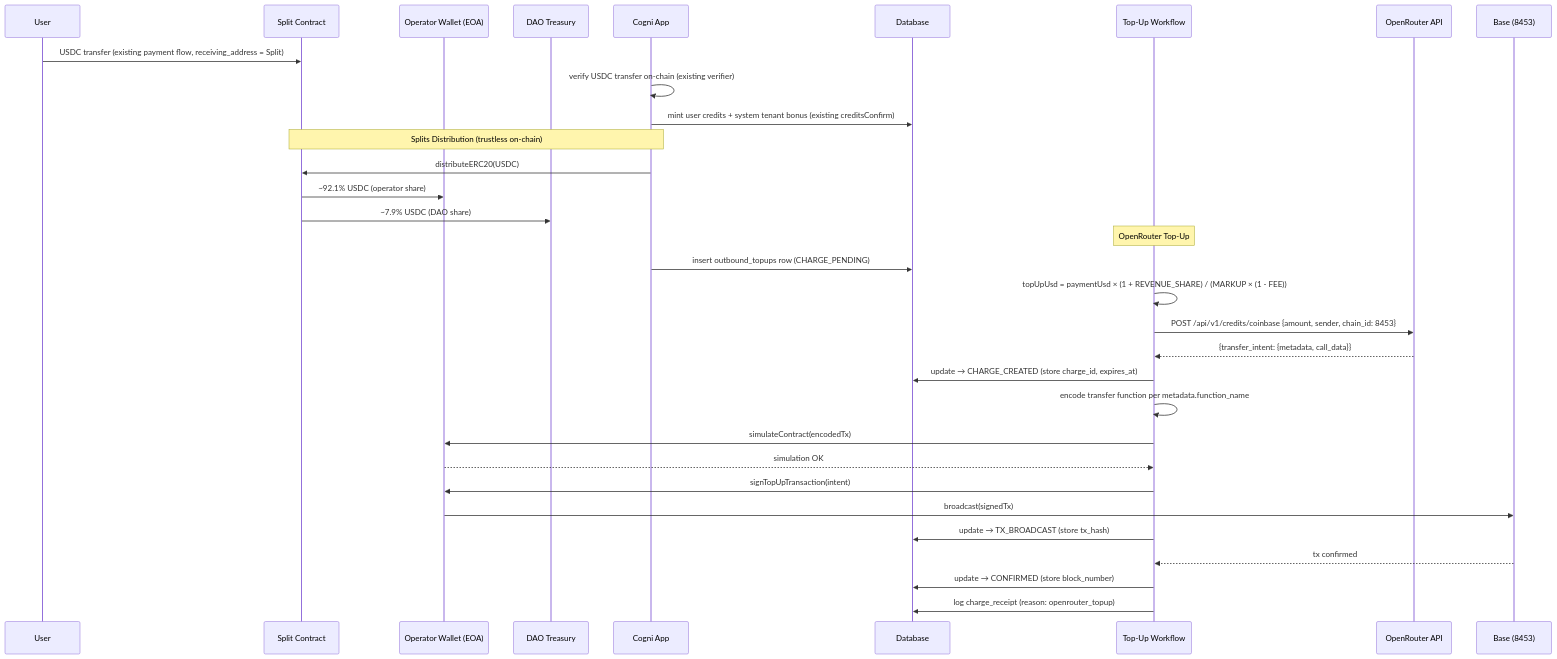
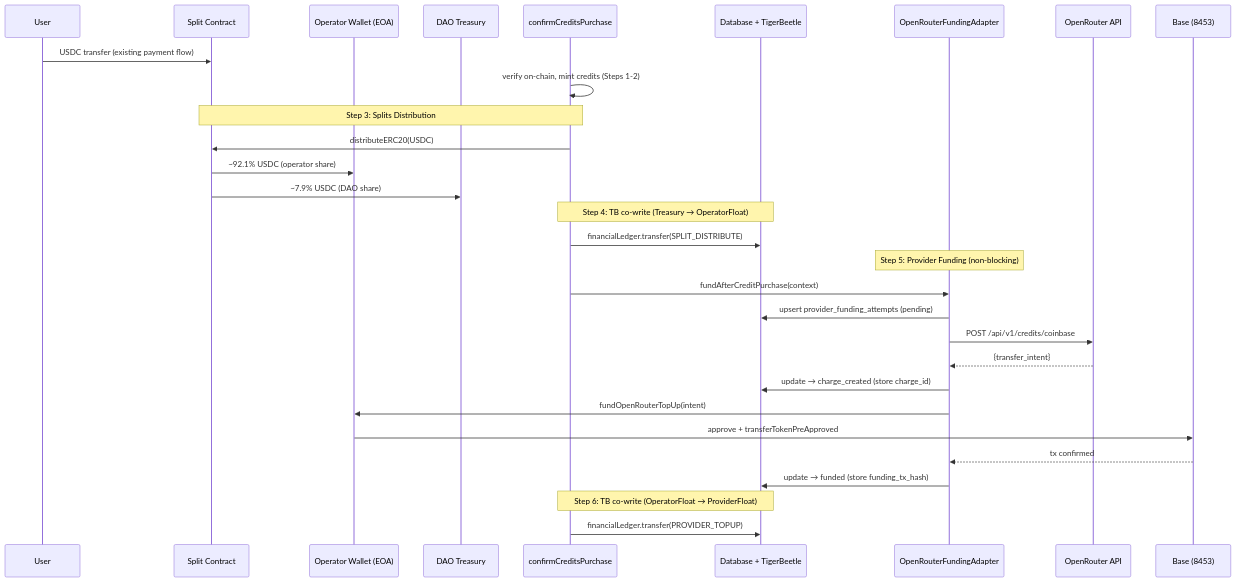
The diagram in docs/spec/web3-openrouter-payments.md (Cogni-DAO/node-template), drawn with Mermaid before and after one commit. The commit also changed other lines of this file and 2 other files, not shown here.

````diff
--- a/docs/spec/web3-openrouter-payments.md
+++ b/docs/spec/web3-openrouter-payments.md
@@ -70,39 +70,37 @@
 ```mermaid
 sequenceDiagram
     participant User
     participant Split as Split Contract
     participant Wallet as Operator Wallet (EOA)
     participant Treasury as DAO Treasury
-    participant App as Cogni App
-    participant DB as Database
-    participant Workflow as Top-Up Workflow
+    participant App as confirmCreditsPurchase
+    participant DB as Database + TigerBeetle
+    participant Adapter as OpenRouterFundingAdapter
     participant OR as OpenRouter API
     participant Chain as Base (8453)
 
-    User->>Split: USDC transfer (existing payment flow, receiving_address = Split)
-    App->>App: verify USDC transfer on-chain (existing verifier)
-    App->>DB: mint user credits + system tenant bonus (existing creditsConfirm)
+    User->>Split: USDC transfer (existing payment flow)
+    App->>App: verify on-chain, mint credits (Steps 1-2)
 
-    Note over App,Split: Splits Distribution (trustless on-chain)
+    Note over App,Split: Step 3: Splits Distribution
     App->>Split: distributeERC20(USDC)
     Split->>Wallet: ~92.1% USDC (operator share)
     Split->>Treasury: ~7.9% USDC (DAO share)
 
-    Note over Workflow: OpenRouter Top-Up
-    App->>DB: insert outbound_topups row (CHARGE_PENDING)
-    Workflow->>Workflow: topUpUsd = paymentUsd × (1 + REVENUE_SHARE) / (MARKUP × (1 - FEE))
-    Workflow->>OR: POST /api/v1/credits/coinbase {amount, sender, chain_id: 8453}
-    OR-->>Workflow: {transfer_intent: {metadata, call_data}}
-    Workflow->>DB: update → CHARGE_CREATED (store charge_id, expires_at)
+    Note over App,DB: Step 4: TB co-write (Treasury → OperatorFloat)
+    App->>DB: financialLedger.transfer(SPLIT_DISTRIBUTE)
 
-    Workflow->>Workflow: encode transfer function per metadata.function_name
-    Workflow->>Wallet: simulateContract(encodedTx)
-    Wallet-->>Workflow: simulation OK
-    Workflow->>Wallet: signTopUpTransaction(intent)
-    Wallet->>Chain: broadcast(signedTx)
-    Workflow->>DB: update → TX_BROADCAST (store tx_hash)
+    Note over Adapter: Step 5: Provider Funding (non-blocking)
+    App->>Adapter: fundAfterCreditPurchase(context)
+    Adapter->>DB: upsert provider_funding_attempts (pending)
+    Adapter->>OR: POST /api/v1/credits/coinbase
+    OR-->>Adapter: {transfer_intent}
+    Adapter->>DB: update → charge_created (store charge_id)
+    Adapter->>Wallet: fundOpenRouterTopUp(intent)
+    Wallet->>Chain: approve + transferTokenPreApproved
+    Chain-->>Adapter: tx confirmed
+    Adapter->>DB: update → funded (store funding_tx_hash)
 
-    Chain-->>Workflow: tx confirmed
-    Workflow->>DB: update → CONFIRMED (store block_number)
-    Workflow->>DB: log charge_receipt (reason: openrouter_topup)
+    Note over App,DB: Step 6: TB co-write (OperatorFloat → ProviderFloat)
+    App->>DB: financialLedger.transfer(PROVIDER_TOPUP)
 ```
````
